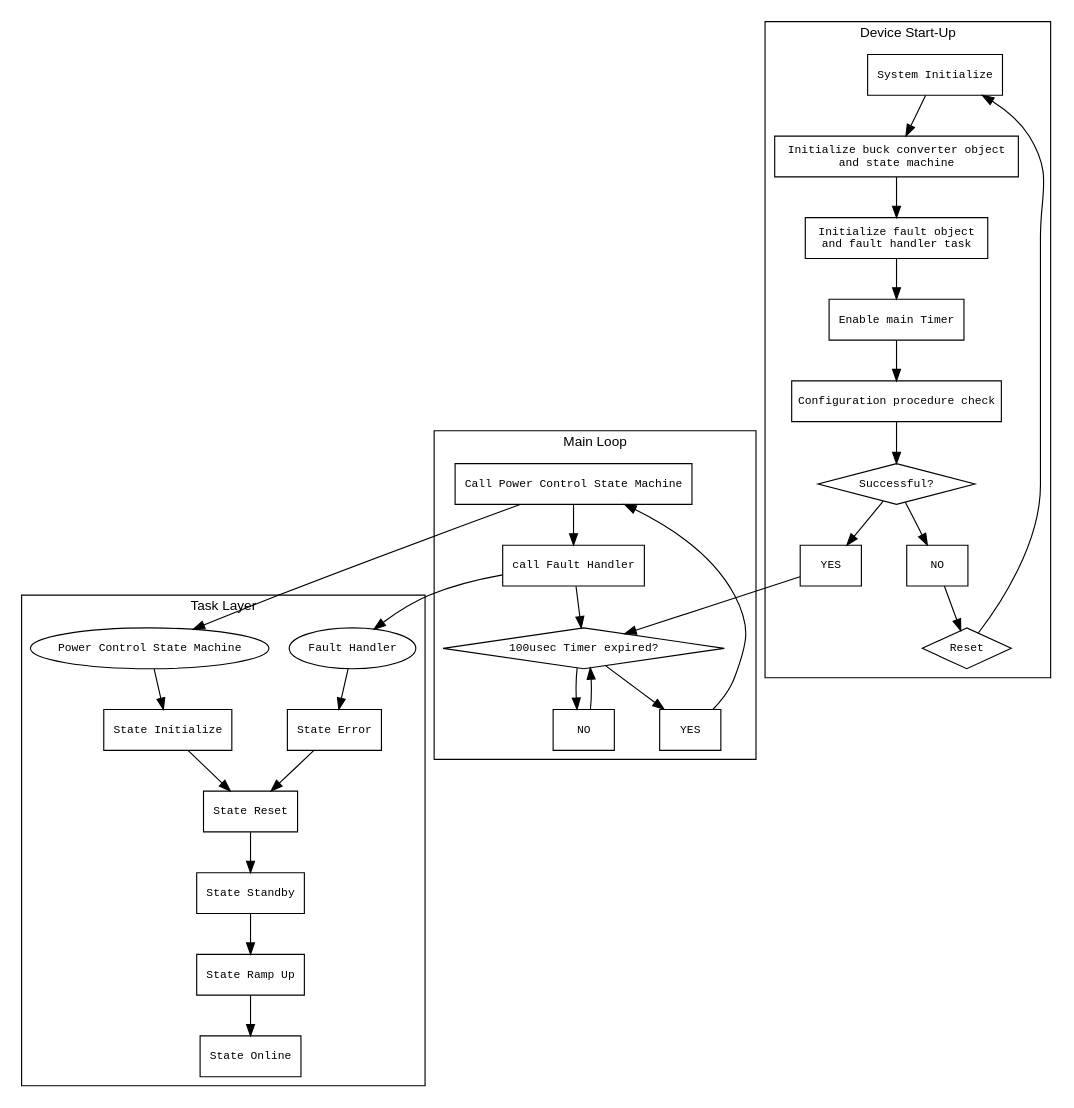
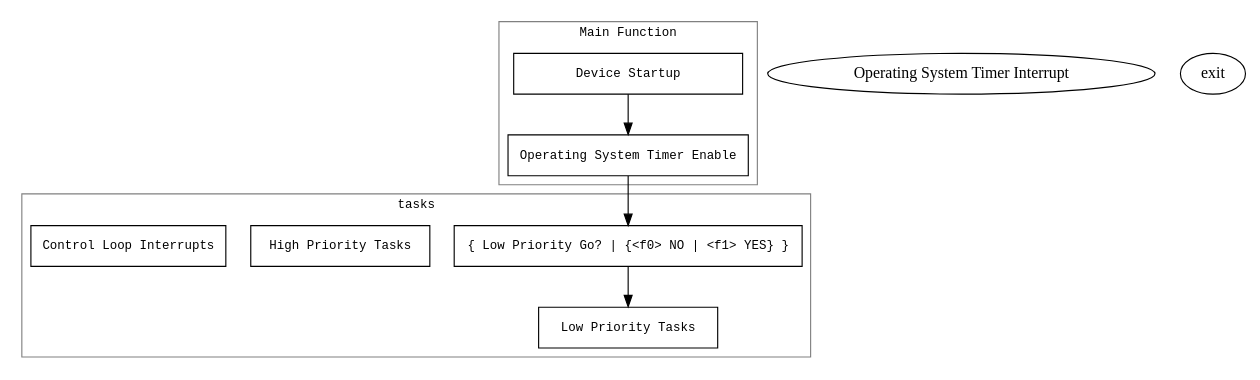
One commit to microchip-pic-avr-solutions/epc9143-power-advanced-voltage-mode-control changed the diagram in .mchp_private/doxygen_src/dot-files/firmware.gv. Above: the diagram before and after it, drawn with Graphviz. The commit also changed 3 other files, not shown here.

Commit message:
Updated flow chart and introductory description

```diff
--- a/.mchp_private/doxygen_src/dot-files/firmware.gv
+++ b/.mchp_private/doxygen_src/dot-files/firmware.gv
@@ -1,71 +1,71 @@
-digraph Firmware
-{ 
-    node [fontname = "Consolas, 'Courier New', Courier, Sans-Serif"];
-    node [fontsize = 10];
-    node [shape = box]; State_Initialize; State_Reset; State_Standby; State_RampUp; State_Online;State_Error;    
-    node [shape = box]; call_PCSM; call_FH; 
-    node [shape = box]; system_init; appPS_Init; appFM_init; enable_TMR; config_procedure_check;
-    node [shape = box]; yes1;yes2;no1;no2;
-    node [shape = oval]; Fault_Handler; Power_Control_SM;
-    node [shape = diamond]; Success; Reset; timer_expired;
- 
-    graph [rankdir="TB"] 
+digraph firmware {
+
+    // Name Label and Format
+    compound=true;
+    fontname="Consolas, 'Courier New', Courier, Sans-Serif";
+    fontsize=11;
+    rankdir=TB;
+    ranksep=0.5;
+    nodesep=0.3;
+    splines = ortho;
+
+    // Application Layer
+    subgraph cluster0
     {
-        Reset [label="Reset"];
+        
+        label="Main Function"
+        color=grey;
+        rankdir=TB;
+        //rank = same;
 
-        subgraph cluster0 
-        {      
-            label="Device Start-Up";
-            fontname="Helvetica, Arial, Sans-Serif";
-            fontsize=12;
-            system_init [label="System Initialize" URL="@ref SYSTEM_Initialize"]; 
-            appPS_Init [label="Initialize buck converter object \nand state machine " URL="@ref appPowerSupply_Initialize"];
-            appFM_init [label="Initialize fault object \nand fault handler task" URL="@ref appFaultMonitor_Initialize"];
-            enable_TMR [label="Enable main Timer"];
-            config_procedure_check [label="Configuration procedure check"];
-            Success [label="Successful?"]
-            yes1 [label = "YES"];
-            no1 [label = "NO"];
-
-            Reset -> system_init -> appPS_Init -> appFM_init -> enable_TMR -> config_procedure_check -> Success -> no1 -> Reset;
-        }
-
-        subgraph cluster1 
-        {    
-            timer_expired [label="100usec Timer expired?"];
-            yes2 [label = "YES"];
-            no2 [label = "NO"]; 
-            call_PCSM [label="Call Power Control State Machine" URL="@ref appPowerSupply_Execute"];
-            call_FH [label="call Fault Handler" URL="@ref appFaultMonitor_Execute"];
-            label="Main Loop";
-            fontname="Helvetica, Arial, Sans-Serif";
-            fontsize=12;
-        }
-
-        subgraph cluster2 
-        {    
-            Power_Control_SM [label="Power Control State Machine" URL="@ref buck_state_machine"];
-            State_Initialize [label="State Initialize" URL="@ref State_Initialize"];
-            State_Reset [label="State Reset" URL="@ref State_Reset"];
-            State_Standby [label="State Standby" URL="@ref State_Standby"]; 
-            State_RampUp [label="State Ramp Up" URL="@ref State_RampUp"]; 
-            State_Online [label="State Online" URL="@ref State_Online"];
-            State_Error [label="State Error" URL="@ref State_Error"];
-            Fault_Handler [label="Fault Handler"];
-            label="Task Layer";
-            fontname="Helvetica, Arial, Sans-Serif";
-            fontsize=12;
-        
-            call_PCSM -> Power_Control_SM -> State_Initialize->State_Reset->State_Standby->State_RampUp->State_Online;
-    		State_Error -> State_Reset;
-        }
-
-		
-		Success -> yes1 -> timer_expired -> no2 -> timer_expired;
-		timer_expired -> yes2 -> call_PCSM -> call_FH -> timer_expired;
-		
-		call_FH -> Fault_Handler -> State_Error;
+        node [
+                shape=box, style=filled, fontcolor=black, fillcolor=darkseagreen1, 
+                fontname="Consolas, 'Courier New', Courier, Sans-Serif",
+                fontsize=11,
+                width = 2.8
+            ]; 
+            
+        device_startup[label="Device Startup", fillcolor=white];
+        os_timer[label="Operating System Timer Enable", fillcolor=white];
 
     }
 
+    subgraph cluster1
+    {
+        label="tasks"
+        color=grey;
+        //rank = same;
+
+        node [
+                shape=box, style=filled, fontcolor=black, fillcolor=darkseagreen1, 
+                fontname="Consolas, 'Courier New', Courier, Sans-Serif",
+                fontsize=11,
+                width = 2.2
+            ]; success;
+
+        low_priority[label="Low Priority Tasks", fillcolor=white];
+        high_priority[label="High Priority Tasks", fillcolor=white];
+        ctrl_isr[label="Control Loop Interrupts", fillcolor=white];
+
+    }
+
+    os_timer_isr[label="Operating System Timer Interrupt", fillcolor=white];exit
+    
+
+    {
+
+        node [
+                shape=record, style=filled, fontcolor=black, fillcolor=darkseagreen1, 
+                fontname="Consolas, 'Courier New', Courier, Sans-Serif",
+                fontsize=11,
+                width = 2.2
+            ]; success;
+
+        success [label="{ Low Priority Go? | {<f0> NO | <f1> YES} }", fillcolor=white];
+    }
+ 
+    // Network descriptions
+    device_startup -> os_timer -> success;
+    success:f1 -> low_priority;
+
 }
```
